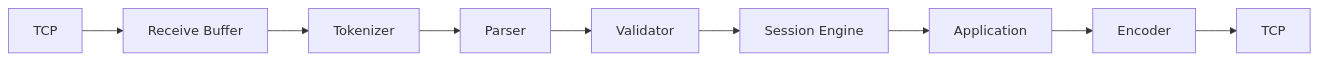
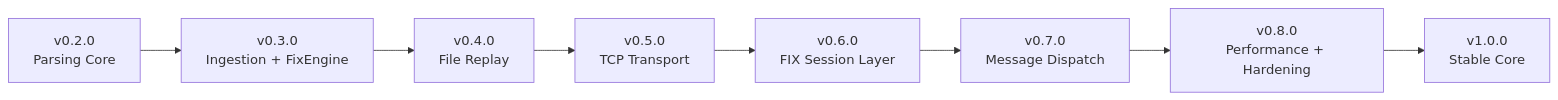
One commit to DrunkTrader/FixEngine changed the sixth of 6 diagrams in README.md. Above: the diagram before and after it, drawn with Mermaid. The commit also changed other lines of this file, not shown here.

````diff
--- a/README.md
+++ b/README.md
@@ -1072,11 +602,18 @@
 ```mermaid
 flowchart LR
-    A["TCP"] --> B["Receive Buffer"]
-    B --> C["Tokenizer"]
-    C --> D["Parser"]
-    D --> E["Validator"]
-    E --> F["Session Engine"]
-    F --> G["Application"]
-    G --> H["Encoder"]
-    H --> I["TCP"]
+
+    A["v0.2.0<br/>Parsing Core"]
+    --> B["v0.3.0<br/>Ingestion + FixEngine"]
+
+    B --> C["v0.4.0<br/>File Replay"]
+
+    C --> D["v0.5.0<br/>TCP Transport"]
+
+    D --> E["v0.6.0<br/>FIX Session Layer"]
+
+    E --> F["v0.7.0<br/>Message Dispatch"]
+
+    F --> G["v0.8.0<br/>Performance + Hardening"]
+
+    G --> H["v1.0.0<br/>Stable Core"]
 ```
````
